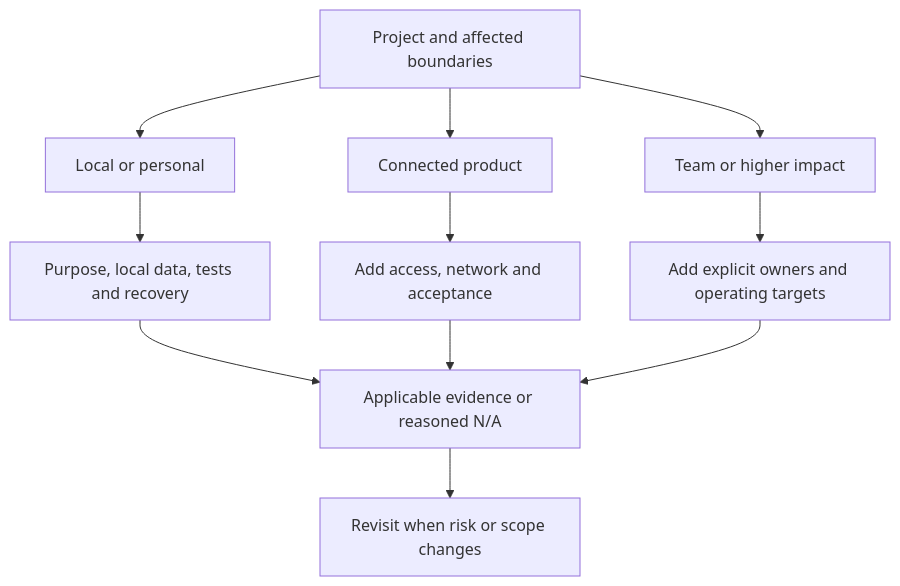
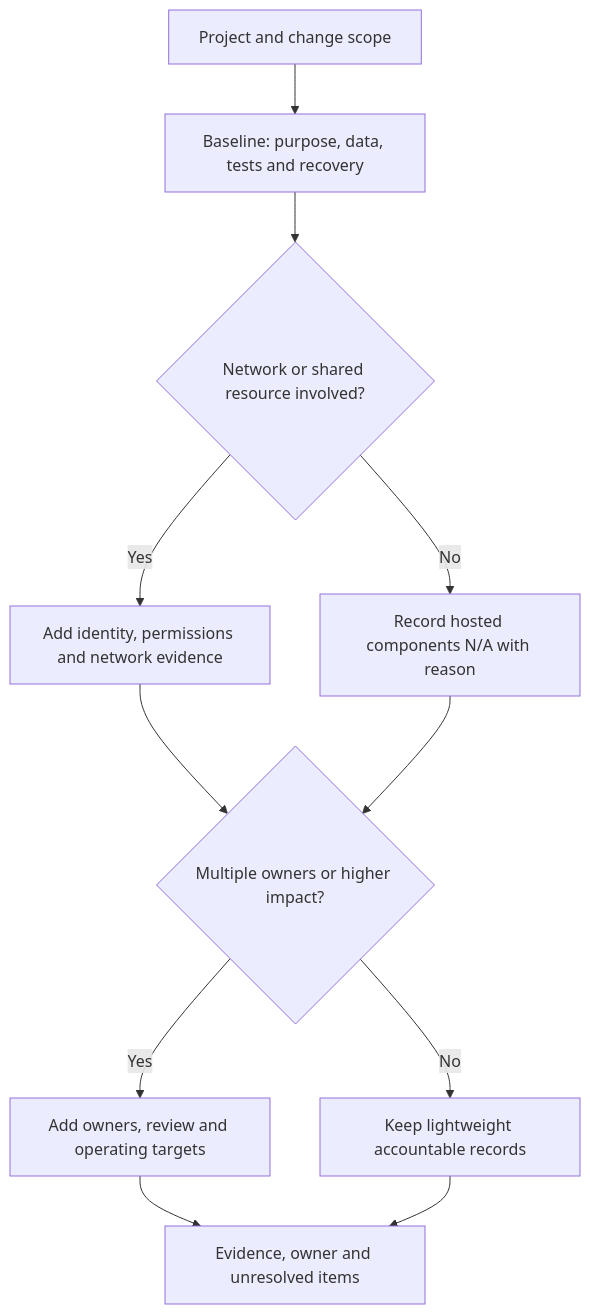
Before and after one commit to Soku-JINSEOK/Soku-Convention-Boilerplate: the diagram in docs/guides/APPLICABILITY.md, drawn with Mermaid. The commit also changed other lines of this file and 118 other files, not shown here.

First line of the commit message:
📚 docs(readability): explain every document and expand flow diagrams

````diff
--- a/docs/guides/APPLICABILITY.md
+++ b/docs/guides/APPLICABILITY.md
@@ -7,13 +11,13 @@
 ```mermaid
 flowchart TD
-  scope["Project and affected boundaries"] --> local["Local or personal"]
-  scope --> connected["Connected product"]
-  scope --> team["Team or higher impact"]
-  local --> small["Purpose, local data, tests and recovery"]
-  connected --> medium["Add access, network and acceptance"]
-  team --> large["Add explicit owners and operating targets"]
-  small --> decision["Applicable evidence or reasoned N/A"]
-  medium --> decision
-  large --> decision
-  decision --> revisit["Revisit when risk or scope changes"]
+  project["Project and change scope"] --> local["Baseline: purpose, data, tests and recovery"]
+  local --> connected{"Network or shared resource involved?"}
+  connected -->|"Yes"| access["Add identity, permissions and network evidence"]
+  connected -->|"No"| localReason["Record hosted components N/A with reason"]
+  access --> impact{"Multiple owners or higher impact?"}
+  localReason --> impact
+  impact -->|"Yes"| ownership["Add owners, review and operating targets"]
+  impact -->|"No"| simple["Keep lightweight accountable records"]
+  ownership --> record["Evidence, owner and unresolved items"]
+  simple --> record
 ```
````
